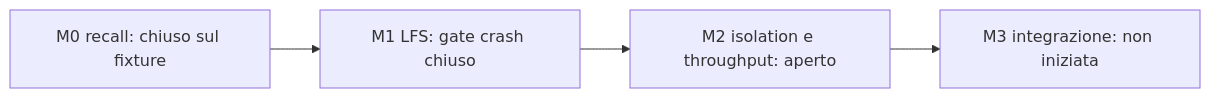
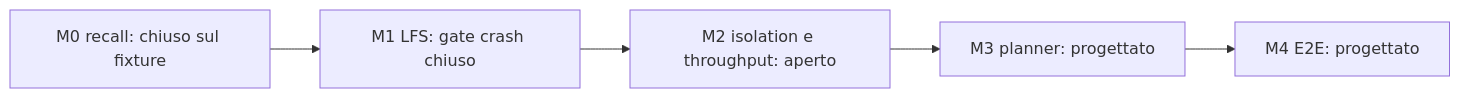
The diagram in docs/ROADMAP.md (FrySco19/VelaOS), drawn with Mermaid before and after one commit. The commit also changed other lines of this file and 8 other files, not shown here.

````diff
--- a/docs/ROADMAP.md
+++ b/docs/ROADMAP.md
@@ -25,6 +26,7 @@
 ```mermaid
 flowchart LR
   M0[M0 recall: chiuso sul fixture] --> M1[M1 LFS: gate crash chiuso]
   M1 --> M2[M2 isolation e throughput: aperto]
-  M2 --> M3[M3 integrazione: non iniziata]
+  M2 --> M3[M3 planner: progettato]
+  M3 --> M4[M4 E2E: progettato]
 ```
````
